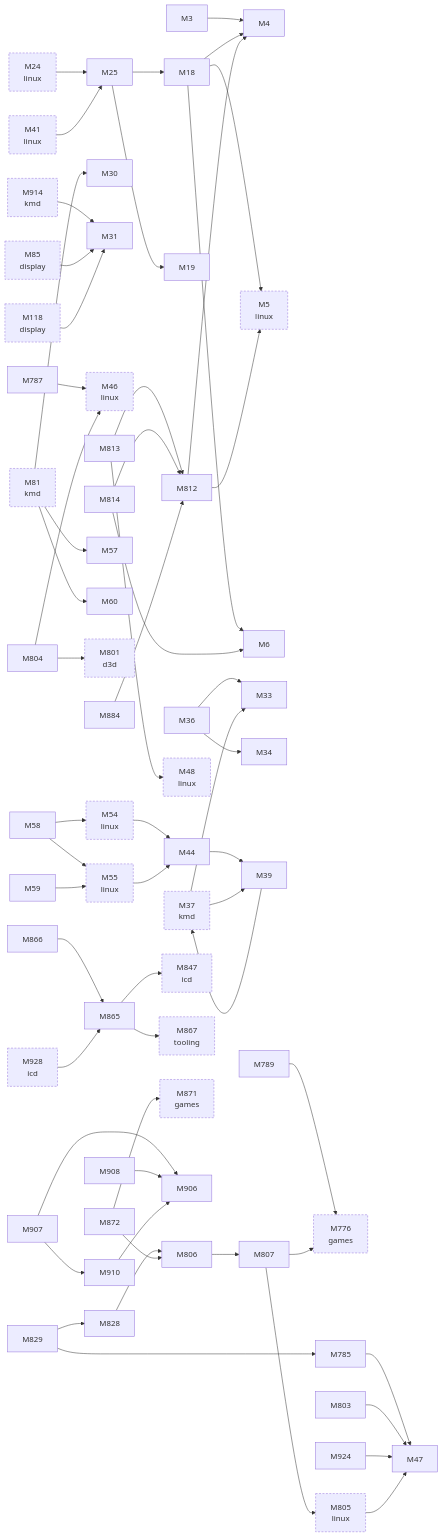
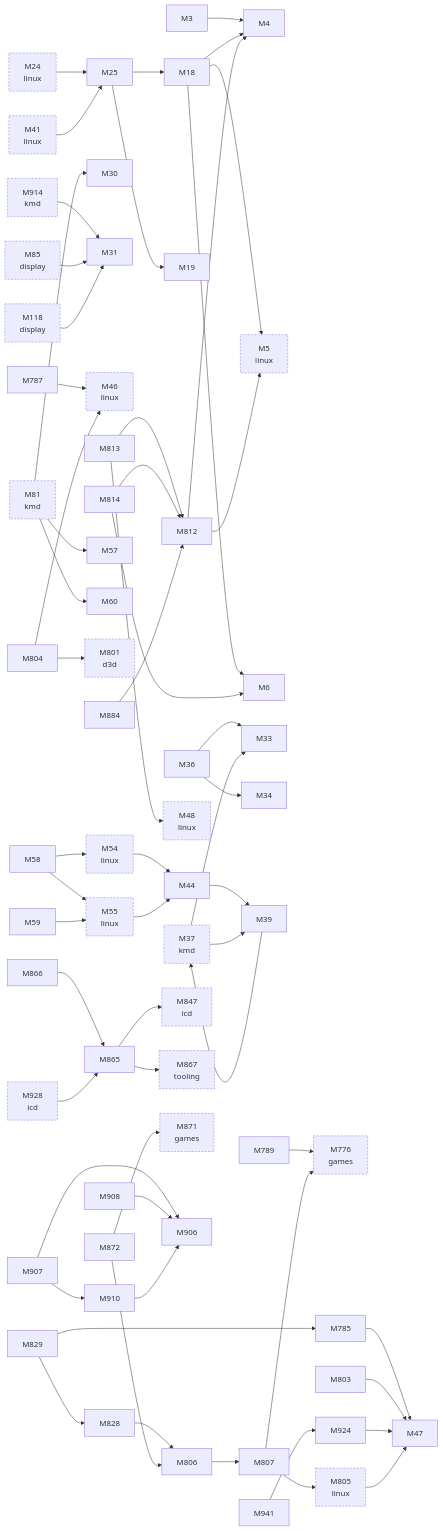
The second of 3 diagrams in docs/facts/graphs/hardware.md (D-Ogi/amdgpu-wddm), drawn with Mermaid before and after one commit. The commit also changed other lines of this file and 11 other files, not shown here.

```diff
--- a/docs/facts/graphs/hardware.md
+++ b/docs/facts/graphs/hardware.md
@@ -144,6 +146,7 @@
   M914["M914<br/>kmd"]
   M924["M924"]
   M928["M928<br/>icd"]
+  M941["M941"]
   M3 --> M4
   M18 --> M4
   M18 --> M5
@@ -186,6 +189,7 @@
   M908 --> M906
   M910 --> M906
   M924 --> M47
+  M941 --> M924
   M37 --> M33
   M37 --> M39
   M81 --> M30
```
